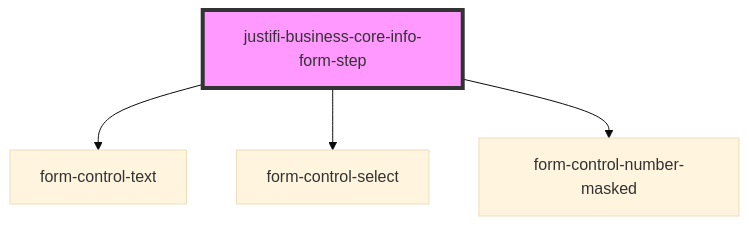
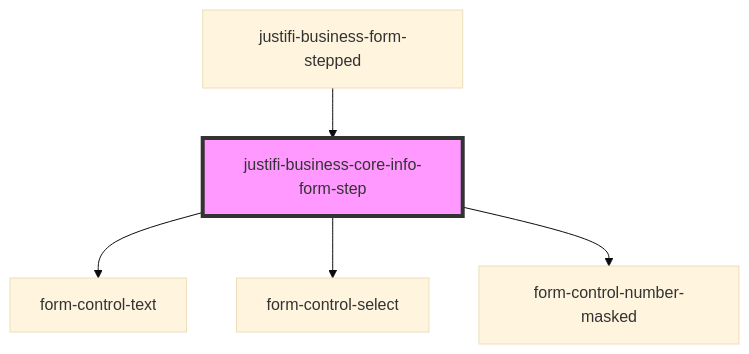
One commit to justifi-tech/web-component-library changed the diagram in packages/webcomponents/src/components/business-form-stepped/business-core-info/readme.md. Above: the diagram before and after it, drawn with Mermaid (base theme). The commit also changed other lines of this file and 5 other files, not shown here.

````diff
--- a/packages/webcomponents/src/components/business-form-stepped/business-core-info/readme.md
+++ b/packages/webcomponents/src/components/business-form-stepped/business-core-info/readme.md
@@ -30,7 +62,8 @@
 ```mermaid
 graph TD;
   justifi-business-core-info-form-step --> form-control-text
   justifi-business-core-info-form-step --> form-control-select
   justifi-business-core-info-form-step --> form-control-number-masked
+  justifi-business-form-stepped --> justifi-business-core-info-form-step
   style justifi-business-core-info-form-step fill:#f9f,stroke:#333,stroke-width:4px
 ```
````
